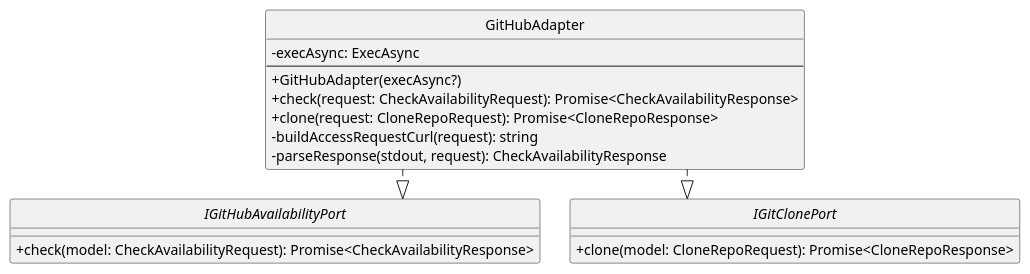
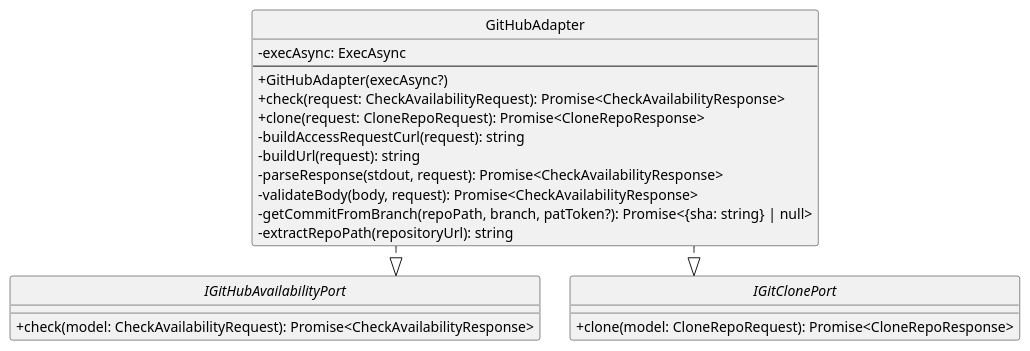
One commit to SkarabGroup/DocumentazioneProgetto changed the diagram in assets/st_diagrams/code/plantuml/analysis/infrastructure/adapters/github.adapter.plantuml. Above: the diagram before and after it, drawn with PlantUML. The commit also changed 15 other files, not shown here.

Commit message:
Completed Analysis Microservice adapters and schemas (infrastructure)

```diff
--- a/assets/st_diagrams/code/plantuml/analysis/infrastructure/adapters/github.adapter.plantuml
+++ b/assets/st_diagrams/code/plantuml/analysis/infrastructure/adapters/github.adapter.plantuml
@@ -1,29 +1,33 @@
 @startuml GitHubAdapter
 skinparam componentStyle uml2.5
 skinparam linetype ortho
 skinparam nodesep 30
 skinparam ranksep 30
 skinparam ClassAttributeIconSize 0
 hide circles
 
 interface IGitHubAvailabilityPort {
     + check(model: CheckAvailabilityRequest): Promise<CheckAvailabilityResponse>
 }
 
 interface IGitClonePort {
     + clone(model: CloneRepoRequest): Promise<CloneRepoResponse>
 }
 
 class GitHubAdapter {
     - execAsync: ExecAsync
     ---
     + GitHubAdapter(execAsync?)
     + check(request: CheckAvailabilityRequest): Promise<CheckAvailabilityResponse>
     + clone(request: CloneRepoRequest): Promise<CloneRepoResponse>
     - buildAccessRequestCurl(request): string
-    - parseResponse(stdout, request): CheckAvailabilityResponse
+    - buildUrl(request): string
+    - parseResponse(stdout, request): Promise<CheckAvailabilityResponse>
+    - validateBody(body, request): Promise<CheckAvailabilityResponse>
+    - getCommitFromBranch(repoPath, branch, patToken?): Promise<{sha: string} | null>
+    - extractRepoPath(repositoryUrl): string
 }
 
 GitHubAdapter ..|> IGitHubAvailabilityPort
 GitHubAdapter ..|> IGitClonePort
 @enduml
```
